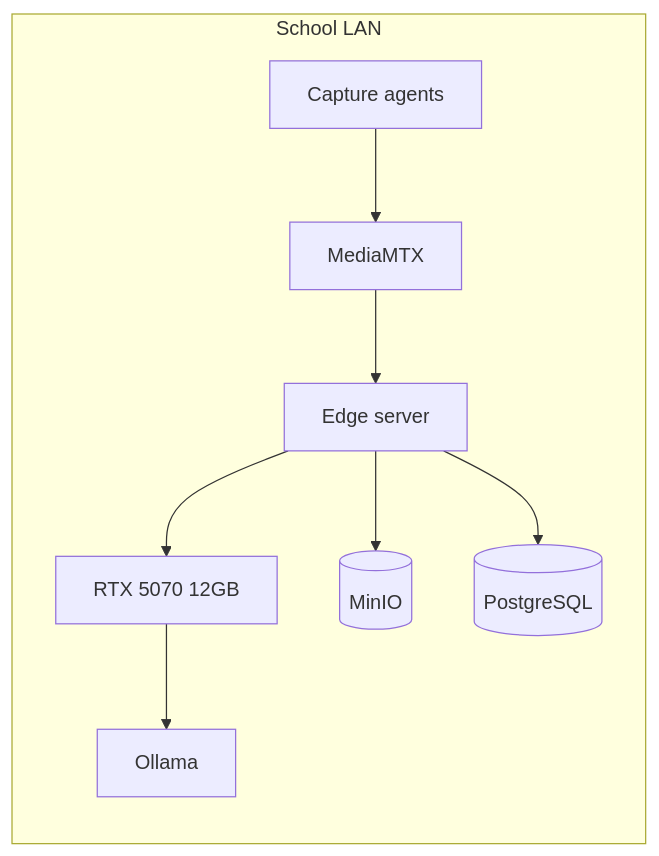
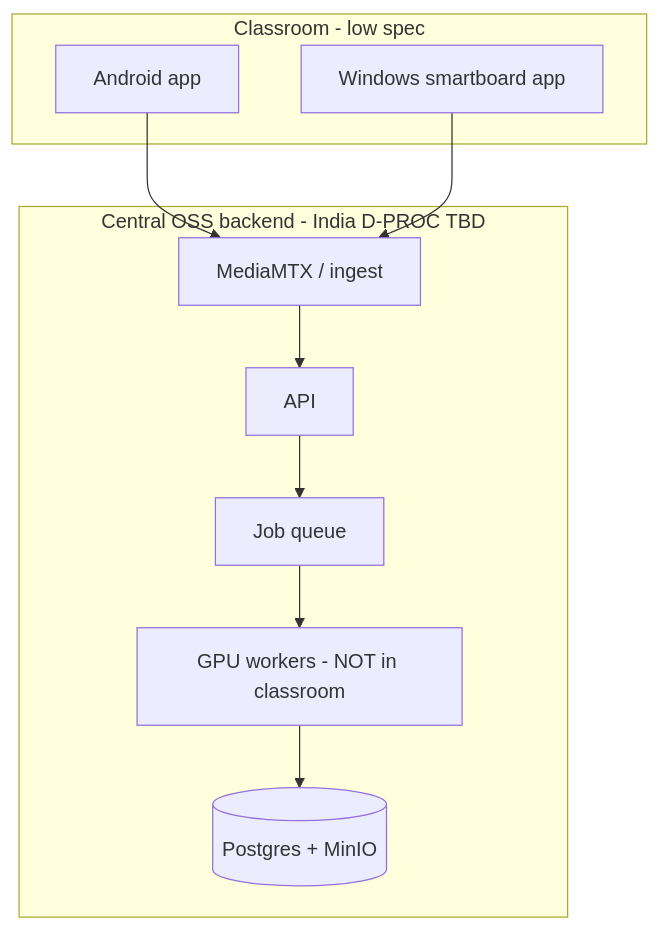
One commit to NITISH-R-G/PedagogyX changed the third of 3 diagrams in docs/05-architecture/SYSTEM_ARCHITECTURE.md. Above: the diagram before and after it, drawn with Mermaid. The commit also changed other lines of this file and 7 other files, not shown here.

Commit message:
docs: complete v0.4 architecture updates for thin clients

````diff
--- a/docs/05-architecture/SYSTEM_ARCHITECTURE.md
+++ b/docs/05-architecture/SYSTEM_ARCHITECTURE.md
@@ -109,16 +109,17 @@
 ```mermaid
-flowchart LR
-    subgraph school [School LAN]
-        AGENT[Capture agents]
-        MTX[MediaMTX]
-        EDGE[Edge server]
-        GPU[RTX 5070 12GB]
-        MINIO[(MinIO)]
-        PG[(PostgreSQL)]
-        OLL[Ollama]
+flowchart TB
+    subgraph clients [Classroom - low spec]
+        AND[Android app]
+        WIN[Windows smartboard app]
     end
-    AGENT --> MTX --> EDGE
-    EDGE --> GPU
-    EDGE --> MINIO & PG
-    GPU --> OLL
+    subgraph central [Central OSS backend - India D-PROC TBD]
+        MTX[MediaMTX / ingest]
+        API[API]
+        Q[Job queue]
+        GPU[GPU workers - NOT in classroom]
+        DB[(Postgres + MinIO)]
+    end
+    AND --> MTX
+    WIN --> MTX
+    MTX --> API --> Q --> GPU --> DB
 ```
````
